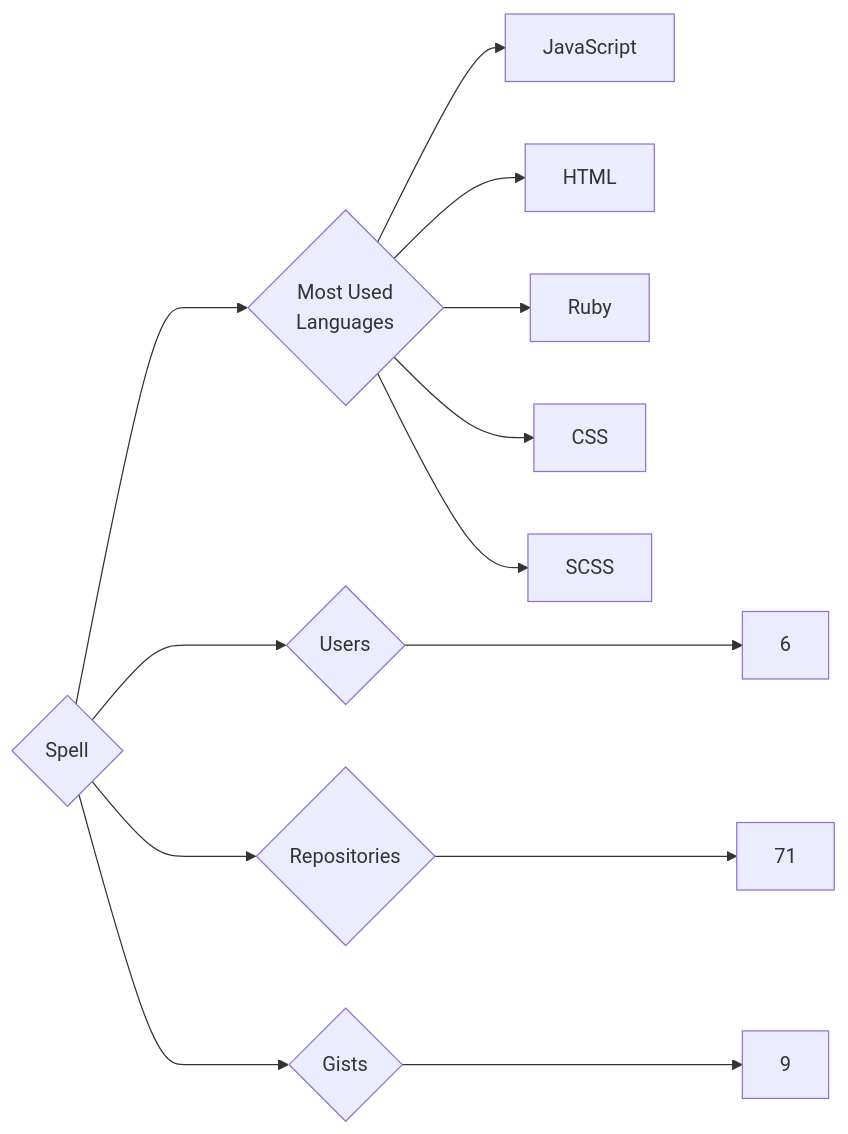
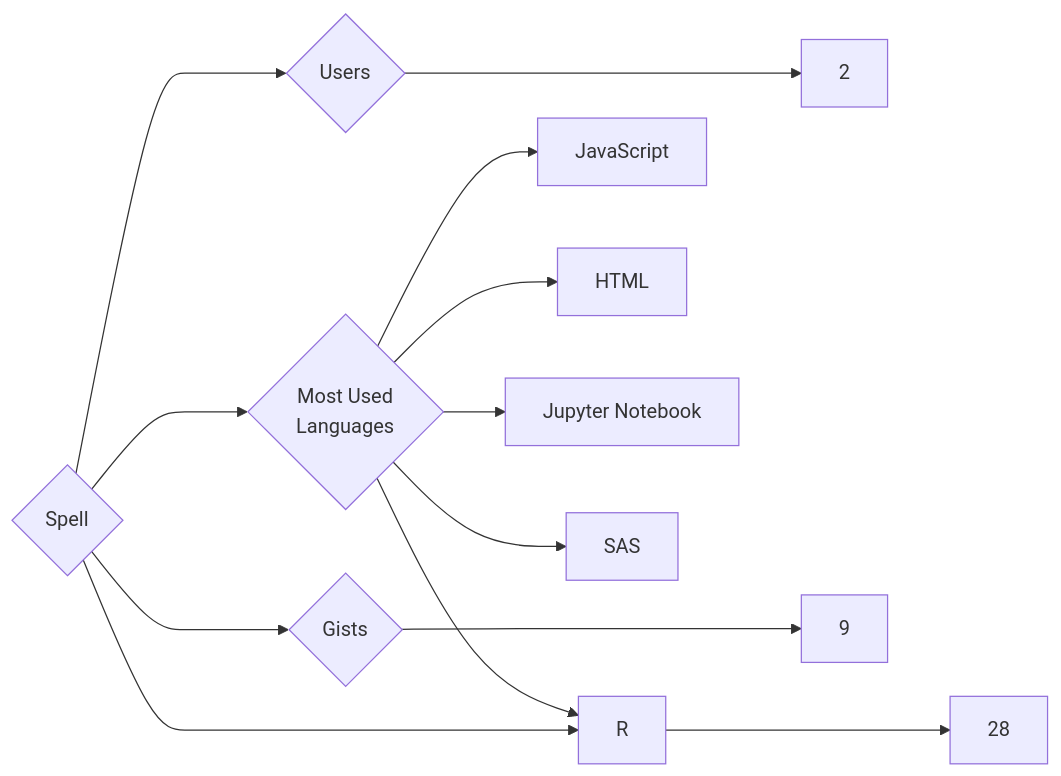
One commit to trickest/insiders changed the diagram in targets/Spell/README.md. Above: the diagram before and after it, drawn with Mermaid. The commit also changed 770 other files, not shown here.

````diff
--- a/targets/Spell/README.md
+++ b/targets/Spell/README.md
@@ -3,13 +3,13 @@
 ```mermaid
 graph LR
 COMPANY_NAME{Spell}
-COMPANY_NAME ---> U{Users} ---> UN[6]
-COMPANY_NAME ---> R{Repositories} ---> RN[71]
+COMPANY_NAME ---> U{Users} ---> UN[2]
+COMPANY_NAME ---> R{Repositories} ---> RN[28]
 COMPANY_NAME ---> G{Gists} ---> GN[9]
 COMPANY_NAME ---> ML{Most Used<br>Languages}
 ML --> JavaScript[JavaScript]
 ML --> HTML[HTML]
-ML --> Ruby[Ruby]
-ML --> CSS[CSS]
-ML --> SCSS[SCSS]
+ML --> Jupyter_Notebook[Jupyter Notebook]
+ML --> R[R]
+ML --> SAS[SAS]
 ```
````
